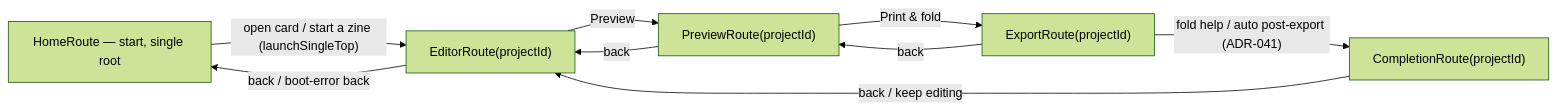
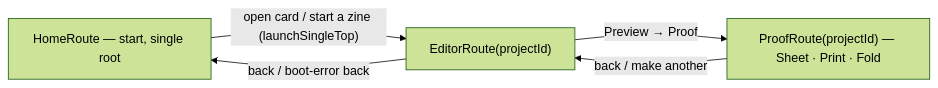
The eighth of 10 diagrams in docs/ARCHITECTURE.md (aritr-codes/zinely-android), drawn with Mermaid (forest theme) before and after one commit. The commit also changed other lines of this file and 16 other files, not shown here.

First line of the commit message:
feat(proof): M5 B5 — retire Preview/Export/Completion, seal the unified Proof

````diff
--- a/docs/ARCHITECTURE.md
+++ b/docs/ARCHITECTURE.md
@@ -272,11 +272,7 @@
 ```mermaid
 flowchart LR
     Home["HomeRoute — start, single root"] -->|"open card / start a zine (launchSingleTop)"| Editor["EditorRoute(projectId)"]
-    Editor -->|Preview| Preview["PreviewRoute(projectId)"]
-    Preview -->|"Print & fold"| Export["ExportRoute(projectId)"]
-    Export -->|"fold help / auto post-export (ADR-041)"| Completion["CompletionRoute(projectId)"]
+    Editor -->|"Preview → Proof"| Proof["ProofRoute(projectId) — Sheet · Print · Fold"]
     Editor -->|"back / boot-error back"| Home
-    Preview -->|back| Editor
-    Export -->|back| Preview
-    Completion -->|"back / keep editing"| Editor
+    Proof -->|"back / make another"| Editor
 ```
````
